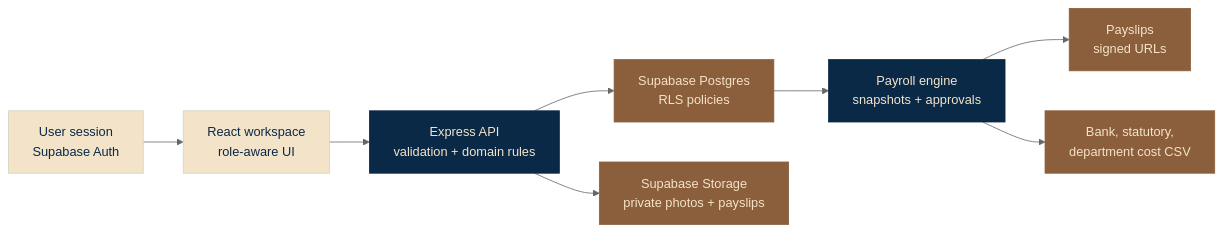
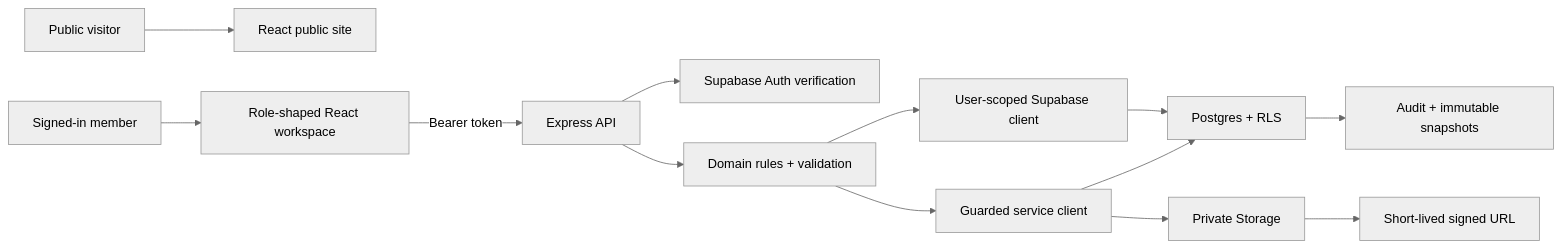
One commit to FardeenAnsari/vetanflow changed the first of 3 diagrams in README.md. Above: the diagram before and after it, drawn with Mermaid (neutral theme). The commit also changed other lines of this file and 112 other files, not shown here.

````diff
--- a/README.md
+++ b/README.md
@@ -46,17 +131,15 @@
 ```mermaid
 flowchart LR
-  user["User session<br/>Supabase Auth"] --> frontend["React workspace<br/>role-aware UI"]
-  frontend --> api["Express API<br/>validation + domain rules"]
-  api --> rls["Supabase Postgres<br/>RLS policies"]
-  api --> storage["Supabase Storage<br/>private photos + payslips"]
-  rls --> payroll["Payroll engine<br/>snapshots + approvals"]
-  payroll --> docs["Payslips<br/>signed URLs"]
-  payroll --> exports["Bank, statutory,<br/>department cost CSV"]
-
-  classDef core fill:#0A2947,color:#F3E4C9,stroke:#0A2947;
-  classDef soft fill:#F3E4C9,color:#0A2947,stroke:#D3D4C0;
-  classDef accent fill:#8B5E3C,color:#F3E4C9,stroke:#8B5E3C;
-  class user,frontend soft;
-  class api,payroll core;
-  class rls,storage,docs,exports accent;
+  visitor["Public visitor"] --> publicSite["React public site"]
+  member["Signed-in member"] --> workspace["Role-shaped React workspace"]
+  workspace -->|Bearer token| api["Express API"]
+  api --> auth["Supabase Auth verification"]
+  api --> domain["Domain rules + validation"]
+  domain --> userDb["User-scoped Supabase client"]
+  domain --> guardedService["Guarded service client"]
+  userDb --> postgres["Postgres + RLS"]
+  guardedService --> postgres
+  guardedService --> storage["Private Storage"]
+  postgres --> audit["Audit + immutable snapshots"]
+  storage --> signed["Short-lived signed URL"]
 ```
````
